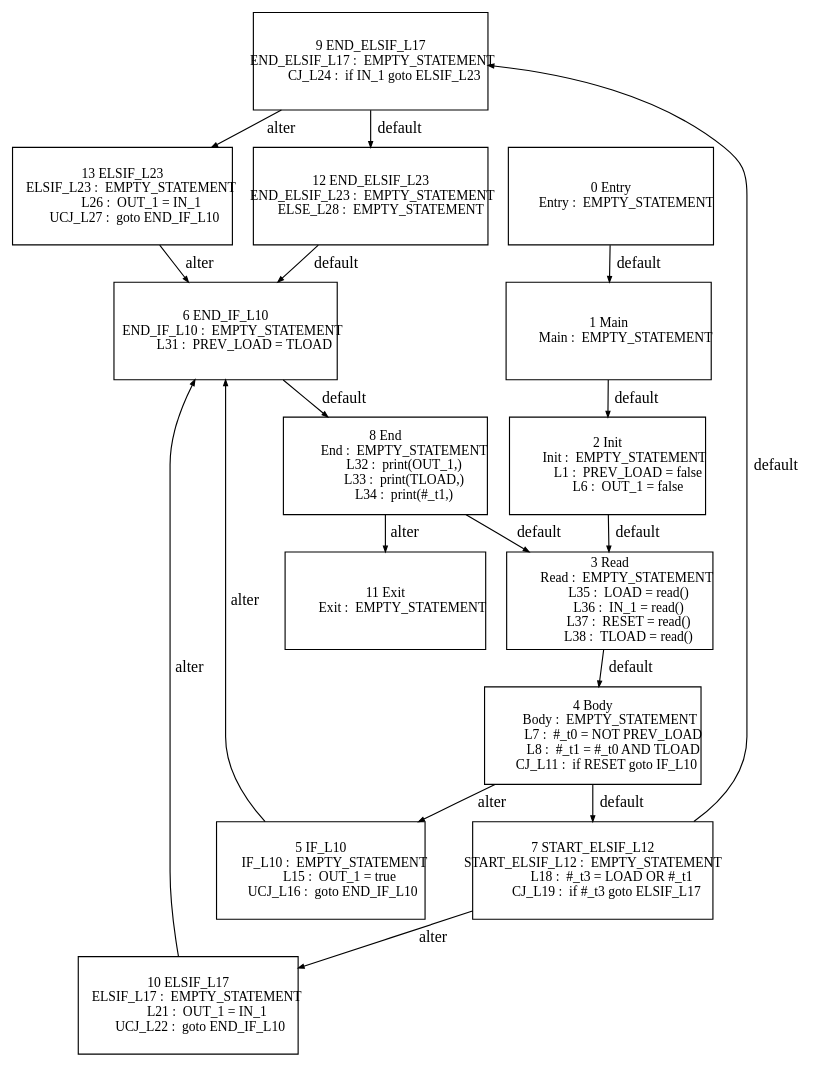
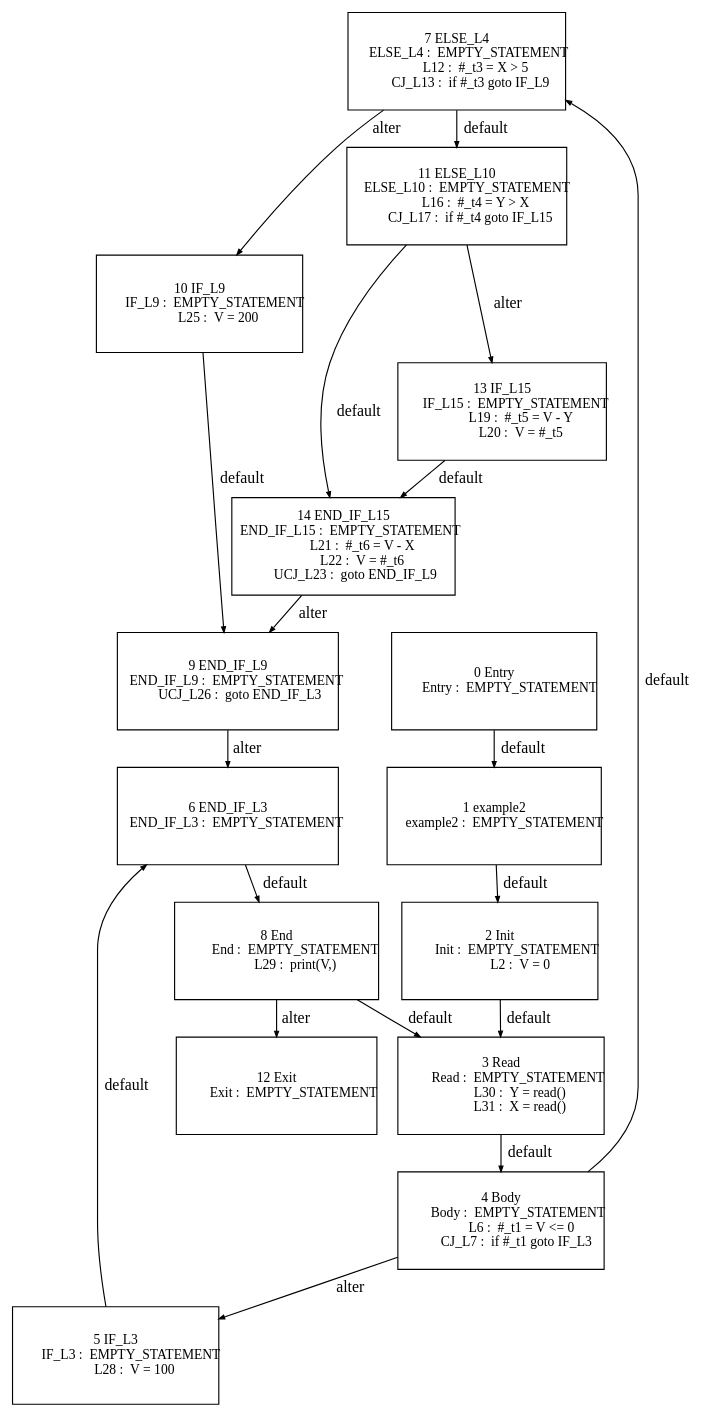
The diagram in tests_programs/paper1_tests/example2_output/Graph_example2_DSE_0.dot (Geoffrey1014/ST_DSE), drawn with Graphviz before and after one commit. The commit also changed 117 other files, not shown here.

```diff
--- a/tests_programs/paper1_tests/example2_output/Graph_example2_DSE_0.dot
+++ b/tests_programs/paper1_tests/example2_output/Graph_example2_DSE_0.dot
@@ -3,203 +3,192 @@
   edge [arrowsize=.5]
   node [shape=rectangle, fontname="ArialNarrow",
         fontsize=12,  height=1.2];
-  "9 END_ELSIF_L17
-  END_ELSIF_L17 :  EMPTY_STATEMENT
-         CJ_L24 :  if IN_1 goto ELSIF_L23
+  "7 ELSE_L4
+        ELSE_L4 :  EMPTY_STATEMENT
+            L12 :  #_t3 = X > 5
+         CJ_L13 :  if #_t3 goto IF_L9
+"; "11 ELSE_L10
+       ELSE_L10 :  EMPTY_STATEMENT
+            L16 :  #_t4 = Y > X
+         CJ_L17 :  if #_t4 goto IF_L15
+"; "13 IF_L15
+         IF_L15 :  EMPTY_STATEMENT
+            L19 :  #_t5 = V - Y
+            L20 :  V = #_t5
+"; "3 Read
+           Read :  EMPTY_STATEMENT
+            L30 :  Y = read()
+            L31 :  X = read()
+"; "6 END_IF_L3
+      END_IF_L3 :  EMPTY_STATEMENT
+"; "10 IF_L9
+          IF_L9 :  EMPTY_STATEMENT
+            L25 :  V = 200
+"; "8 End
+            End :  EMPTY_STATEMENT
+            L29 :  print(V,)
+"; "5 IF_L3
+          IF_L3 :  EMPTY_STATEMENT
+            L28 :  V = 100
+"; "1 example2
+       example2 :  EMPTY_STATEMENT
 "; "2 Init
            Init :  EMPTY_STATEMENT
-             L1 :  PREV_LOAD = false
-             L6 :  OUT_1 = false
-"; "11 Exit
-           Exit :  EMPTY_STATEMENT
-"; "13 ELSIF_L23
-      ELSIF_L23 :  EMPTY_STATEMENT
-            L26 :  OUT_1 = IN_1
-        UCJ_L27 :  goto END_IF_L10
-"; "8 End
-            End :  EMPTY_STATEMENT
-            L32 :  print(OUT_1,)
-            L33 :  print(TLOAD,)
-            L34 :  print(#_t1,)
-"; "7 START_ELSIF_L12
-START_ELSIF_L12 :  EMPTY_STATEMENT
-            L18 :  #_t3 = LOAD OR #_t1
-         CJ_L19 :  if #_t3 goto ELSIF_L17
-"; "6 END_IF_L10
-     END_IF_L10 :  EMPTY_STATEMENT
-            L31 :  PREV_LOAD = TLOAD
-"; "3 Read
-           Read :  EMPTY_STATEMENT
-            L35 :  LOAD = read()
-            L36 :  IN_1 = read()
-            L37 :  RESET = read()
-            L38 :  TLOAD = read()
+             L2 :  V = 0
 "; "0 Entry
           Entry :  EMPTY_STATEMENT
-"; "12 END_ELSIF_L23
-  END_ELSIF_L23 :  EMPTY_STATEMENT
-       ELSE_L28 :  EMPTY_STATEMENT
-"; "10 ELSIF_L17
-      ELSIF_L17 :  EMPTY_STATEMENT
-            L21 :  OUT_1 = IN_1
-        UCJ_L22 :  goto END_IF_L10
-"; "1 Main
-           Main :  EMPTY_STATEMENT
-"; "5 IF_L10
-         IF_L10 :  EMPTY_STATEMENT
-            L15 :  OUT_1 = true
-        UCJ_L16 :  goto END_IF_L10
+"; "9 END_IF_L9
+      END_IF_L9 :  EMPTY_STATEMENT
+        UCJ_L26 :  goto END_IF_L3
 "; "4 Body
            Body :  EMPTY_STATEMENT
-             L7 :  #_t0 = NOT PREV_LOAD
-             L8 :  #_t1 = #_t0 AND TLOAD
-         CJ_L11 :  if RESET goto IF_L10
+             L6 :  #_t1 = V <= 0
+          CJ_L7 :  if #_t1 goto IF_L3
+"; "12 Exit
+           Exit :  EMPTY_STATEMENT
+"; "14 END_IF_L15
+     END_IF_L15 :  EMPTY_STATEMENT
+            L21 :  #_t6 = V - X
+            L22 :  V = #_t6
+        UCJ_L23 :  goto END_IF_L9
 "; 
-  "1 Main
-           Main :  EMPTY_STATEMENT
+  "1 example2
+       example2 :  EMPTY_STATEMENT
 " -> "2 Init
            Init :  EMPTY_STATEMENT
-             L1 :  PREV_LOAD = false
-             L6 :  OUT_1 = false
+             L2 :  V = 0
 "  [label="default"];
   "2 Init
            Init :  EMPTY_STATEMENT
-             L1 :  PREV_LOAD = false
-             L6 :  OUT_1 = false
+             L2 :  V = 0
 " -> "3 Read
            Read :  EMPTY_STATEMENT
-            L35 :  LOAD = read()
-            L36 :  IN_1 = read()
-            L37 :  RESET = read()
-            L38 :  TLOAD = read()
+            L30 :  Y = read()
+            L31 :  X = read()
 "  [label="default"];
   "4 Body
            Body :  EMPTY_STATEMENT
-             L7 :  #_t0 = NOT PREV_LOAD
-             L8 :  #_t1 = #_t0 AND TLOAD
-         CJ_L11 :  if RESET goto IF_L10
-" -> "7 START_ELSIF_L12
-START_ELSIF_L12 :  EMPTY_STATEMENT
-            L18 :  #_t3 = LOAD OR #_t1
-         CJ_L19 :  if #_t3 goto ELSIF_L17
+             L6 :  #_t1 = V <= 0
+          CJ_L7 :  if #_t1 goto IF_L3
+" -> "7 ELSE_L4
+        ELSE_L4 :  EMPTY_STATEMENT
+            L12 :  #_t3 = X > 5
+         CJ_L13 :  if #_t3 goto IF_L9
 "  [label="default"];
   "4 Body
            Body :  EMPTY_STATEMENT
-             L7 :  #_t0 = NOT PREV_LOAD
-             L8 :  #_t1 = #_t0 AND TLOAD
-         CJ_L11 :  if RESET goto IF_L10
-" -> "5 IF_L10
-         IF_L10 :  EMPTY_STATEMENT
-            L15 :  OUT_1 = true
-        UCJ_L16 :  goto END_IF_L10
+             L6 :  #_t1 = V <= 0
+          CJ_L7 :  if #_t1 goto IF_L3
+" -> "5 IF_L3
+          IF_L3 :  EMPTY_STATEMENT
+            L28 :  V = 100
 "  [label="alter"];
-  "5 IF_L10
-         IF_L10 :  EMPTY_STATEMENT
-            L15 :  OUT_1 = true
-        UCJ_L16 :  goto END_IF_L10
-" -> "6 END_IF_L10
-     END_IF_L10 :  EMPTY_STATEMENT
-            L31 :  PREV_LOAD = TLOAD
+  "7 ELSE_L4
+        ELSE_L4 :  EMPTY_STATEMENT
+            L12 :  #_t3 = X > 5
+         CJ_L13 :  if #_t3 goto IF_L9
+" -> "11 ELSE_L10
+       ELSE_L10 :  EMPTY_STATEMENT
+            L16 :  #_t4 = Y > X
+         CJ_L17 :  if #_t4 goto IF_L15
+"  [label="default"];
+  "7 ELSE_L4
+        ELSE_L4 :  EMPTY_STATEMENT
+            L12 :  #_t3 = X > 5
+         CJ_L13 :  if #_t3 goto IF_L9
+" -> "10 IF_L9
+          IF_L9 :  EMPTY_STATEMENT
+            L25 :  V = 200
 "  [label="alter"];
-  "7 START_ELSIF_L12
-START_ELSIF_L12 :  EMPTY_STATEMENT
-            L18 :  #_t3 = LOAD OR #_t1
-         CJ_L19 :  if #_t3 goto ELSIF_L17
-" -> "9 END_ELSIF_L17
-  END_ELSIF_L17 :  EMPTY_STATEMENT
-         CJ_L24 :  if IN_1 goto ELSIF_L23
+  "11 ELSE_L10
+       ELSE_L10 :  EMPTY_STATEMENT
+            L16 :  #_t4 = Y > X
+         CJ_L17 :  if #_t4 goto IF_L15
+" -> "14 END_IF_L15
+     END_IF_L15 :  EMPTY_STATEMENT
+            L21 :  #_t6 = V - X
+            L22 :  V = #_t6
+        UCJ_L23 :  goto END_IF_L9
 "  [label="default"];
-  "7 START_ELSIF_L12
-START_ELSIF_L12 :  EMPTY_STATEMENT
-            L18 :  #_t3 = LOAD OR #_t1
-         CJ_L19 :  if #_t3 goto ELSIF_L17
-" -> "10 ELSIF_L17
-      ELSIF_L17 :  EMPTY_STATEMENT
-            L21 :  OUT_1 = IN_1
-        UCJ_L22 :  goto END_IF_L10
+  "11 ELSE_L10
+       ELSE_L10 :  EMPTY_STATEMENT
+            L16 :  #_t4 = Y > X
+         CJ_L17 :  if #_t4 goto IF_L15
+" -> "13 IF_L15
+         IF_L15 :  EMPTY_STATEMENT
+            L19 :  #_t5 = V - Y
+            L20 :  V = #_t5
 "  [label="alter"];
-  "10 ELSIF_L17
-      ELSIF_L17 :  EMPTY_STATEMENT
-            L21 :  OUT_1 = IN_1
-        UCJ_L22 :  goto END_IF_L10
-" -> "6 END_IF_L10
-     END_IF_L10 :  EMPTY_STATEMENT
-            L31 :  PREV_LOAD = TLOAD
+  "13 IF_L15
+         IF_L15 :  EMPTY_STATEMENT
+            L19 :  #_t5 = V - Y
+            L20 :  V = #_t5
+" -> "14 END_IF_L15
+     END_IF_L15 :  EMPTY_STATEMENT
+            L21 :  #_t6 = V - X
+            L22 :  V = #_t6
+        UCJ_L23 :  goto END_IF_L9
+"  [label="default"];
+  "14 END_IF_L15
+     END_IF_L15 :  EMPTY_STATEMENT
+            L21 :  #_t6 = V - X
+            L22 :  V = #_t6
+        UCJ_L23 :  goto END_IF_L9
+" -> "9 END_IF_L9
+      END_IF_L9 :  EMPTY_STATEMENT
+        UCJ_L26 :  goto END_IF_L3
 "  [label="alter"];
-  "9 END_ELSIF_L17
-  END_ELSIF_L17 :  EMPTY_STATEMENT
-         CJ_L24 :  if IN_1 goto ELSIF_L23
-" -> "12 END_ELSIF_L23
-  END_ELSIF_L23 :  EMPTY_STATEMENT
-       ELSE_L28 :  EMPTY_STATEMENT
+  "10 IF_L9
+          IF_L9 :  EMPTY_STATEMENT
+            L25 :  V = 200
+" -> "9 END_IF_L9
+      END_IF_L9 :  EMPTY_STATEMENT
+        UCJ_L26 :  goto END_IF_L3
 "  [label="default"];
-  "9 END_ELSIF_L17
-  END_ELSIF_L17 :  EMPTY_STATEMENT
-         CJ_L24 :  if IN_1 goto ELSIF_L23
-" -> "13 ELSIF_L23
-      ELSIF_L23 :  EMPTY_STATEMENT
-            L26 :  OUT_1 = IN_1
-        UCJ_L27 :  goto END_IF_L10
+  "9 END_IF_L9
+      END_IF_L9 :  EMPTY_STATEMENT
+        UCJ_L26 :  goto END_IF_L3
+" -> "6 END_IF_L3
+      END_IF_L3 :  EMPTY_STATEMENT
 "  [label="alter"];
-  "13 ELSIF_L23
-      ELSIF_L23 :  EMPTY_STATEMENT
-            L26 :  OUT_1 = IN_1
-        UCJ_L27 :  goto END_IF_L10
-" -> "6 END_IF_L10
-     END_IF_L10 :  EMPTY_STATEMENT
-            L31 :  PREV_LOAD = TLOAD
-"  [label="alter"];
-  "12 END_ELSIF_L23
-  END_ELSIF_L23 :  EMPTY_STATEMENT
-       ELSE_L28 :  EMPTY_STATEMENT
-" -> "6 END_IF_L10
-     END_IF_L10 :  EMPTY_STATEMENT
-            L31 :  PREV_LOAD = TLOAD
+  "5 IF_L3
+          IF_L3 :  EMPTY_STATEMENT
+            L28 :  V = 100
+" -> "6 END_IF_L3
+      END_IF_L3 :  EMPTY_STATEMENT
 "  [label="default"];
-  "6 END_IF_L10
-     END_IF_L10 :  EMPTY_STATEMENT
-            L31 :  PREV_LOAD = TLOAD
+  "6 END_IF_L3
+      END_IF_L3 :  EMPTY_STATEMENT
 " -> "8 End
             End :  EMPTY_STATEMENT
-            L32 :  print(OUT_1,)
-            L33 :  print(TLOAD,)
-            L34 :  print(#_t1,)
+            L29 :  print(V,)
 "  [label="default"];
   "0 Entry
           Entry :  EMPTY_STATEMENT
-" -> "1 Main
-           Main :  EMPTY_STATEMENT
+" -> "1 example2
+       example2 :  EMPTY_STATEMENT
 "  [label="default"];
   "8 End
             End :  EMPTY_STATEMENT
-            L32 :  print(OUT_1,)
-            L33 :  print(TLOAD,)
-            L34 :  print(#_t1,)
+            L29 :  print(V,)
 " -> "3 Read
            Read :  EMPTY_STATEMENT
-            L35 :  LOAD = read()
-            L36 :  IN_1 = read()
-            L37 :  RESET = read()
-            L38 :  TLOAD = read()
+            L30 :  Y = read()
+            L31 :  X = read()
 "  [label="default"];
   "8 End
             End :  EMPTY_STATEMENT
-            L32 :  print(OUT_1,)
-            L33 :  print(TLOAD,)
-            L34 :  print(#_t1,)
-" -> "11 Exit
+            L29 :  print(V,)
+" -> "12 Exit
            Exit :  EMPTY_STATEMENT
 "  [label="alter"];
   "3 Read
            Read :  EMPTY_STATEMENT
-            L35 :  LOAD = read()
-            L36 :  IN_1 = read()
-            L37 :  RESET = read()
-            L38 :  TLOAD = read()
+            L30 :  Y = read()
+            L31 :  X = read()
 " -> "4 Body
            Body :  EMPTY_STATEMENT
-             L7 :  #_t0 = NOT PREV_LOAD
-             L8 :  #_t1 = #_t0 AND TLOAD
-         CJ_L11 :  if RESET goto IF_L10
+             L6 :  #_t1 = V <= 0
+          CJ_L7 :  if #_t1 goto IF_L3
 "  [label="default"];
 }
```
